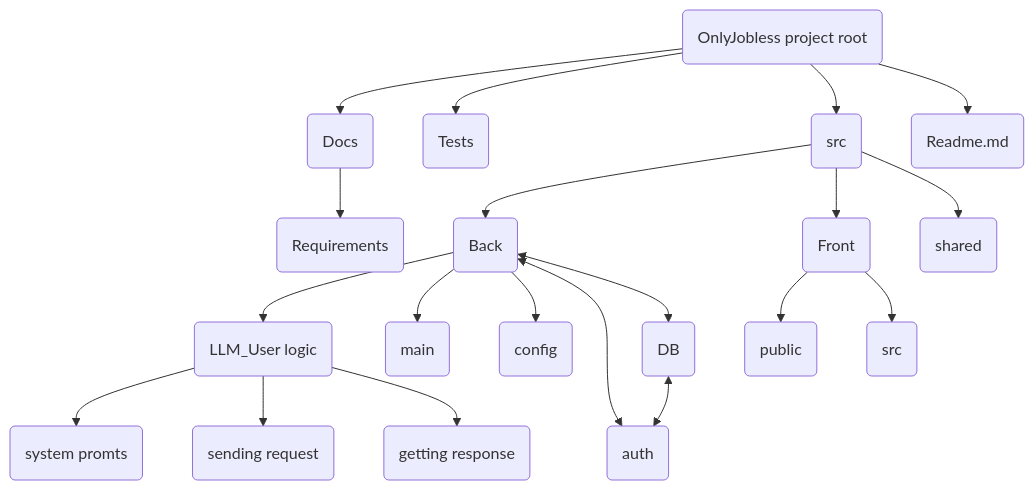
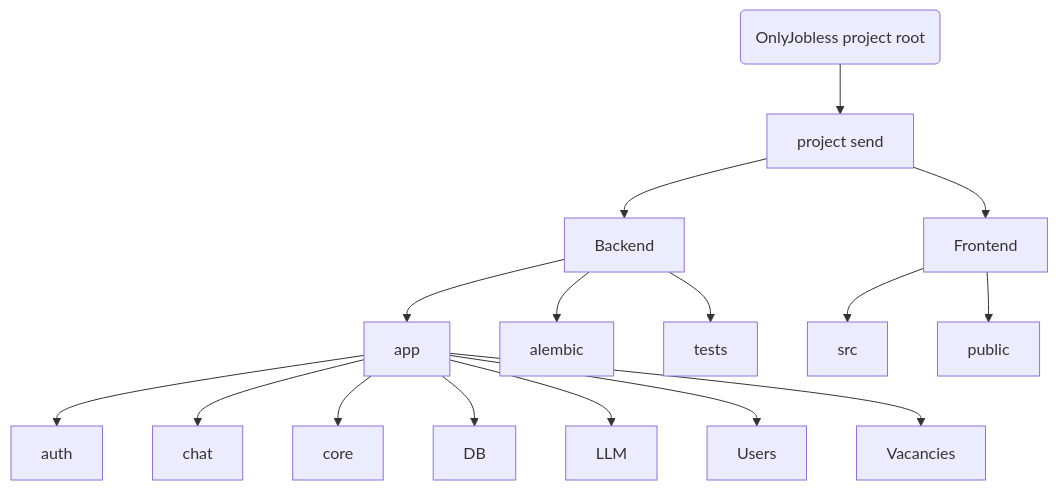
Before and after one commit to VsevolodYanovskiy/OnlyJobless: the first of 2 diagrams in README.md, drawn with Mermaid.

````diff
--- a/README.md
+++ b/README.md
@@ -8,23 +8,19 @@
 ```mermaid
 graph TD
     A(OnlyJobless project root)
-    A --> B(Docs)
-    A --> C(Tests)
-    A --> D(src)
-    A --> E(Readme.md)
-    B --> F(Requirements)
-    D --> G(Back)
-    D --> H(Front)
-    D --> I(shared)
-    G --> J(LLM_User logic)
-    G --> K(main)
-    G --> L(config)
-    G <--> R(auth)
-    G <--> S(DB)
-    S <--> R
-    H --> M(public)
-    H --> N(src)
-    J --> O(system promts)
-    J --> P(sending request)
-    J --> Q(getting response)
+    A --> B[project send]
+    B --> C[Backend]
+    B --> D[Frontend]
+    C --> E[app]
+    C --> F[alembic]
+    C --> G[tests]
+    E --> H[auth]
+    E --> I[chat]
+    E --> J[core]
+    E --> K[DB]
+    E --> L[LLM]
+    E --> M[Users]
+    E --> N[Vacancies]
+    D --> O[src]
+    D --> P[public]
 ```
````
